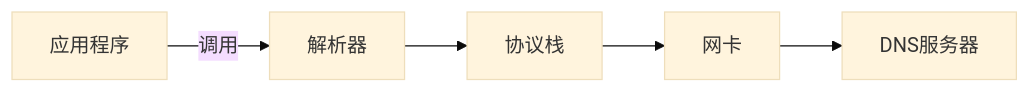
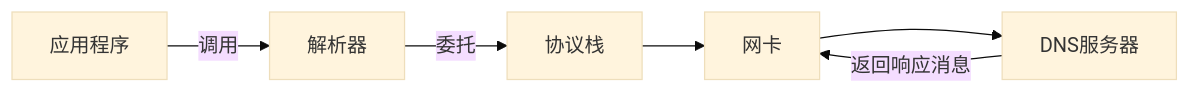
The diagram in 计算机/四大件/计算机网络2.md (poppop9/obsidian), drawn with Mermaid (base theme) before and after one commit.

Commit message:
vault backup: 2023-09-03 10:03:21

````diff
--- a/计算机/四大件/计算机网络2.md
+++ b/计算机/四大件/计算机网络2.md
@@ -79,4 +79,5 @@
 ```mermaid
 graph LR
-	a[应用程序]--调用-->b[解析器]-->c[协议栈]-->d[网卡]-->e[DNS服务器]
+	a[应用程序]--调用-->b[解析器]--委托-->c[协议栈]-->d[网卡]-->e[DNS服务器]
+	e--返回响应消息-->d
 ```
````
